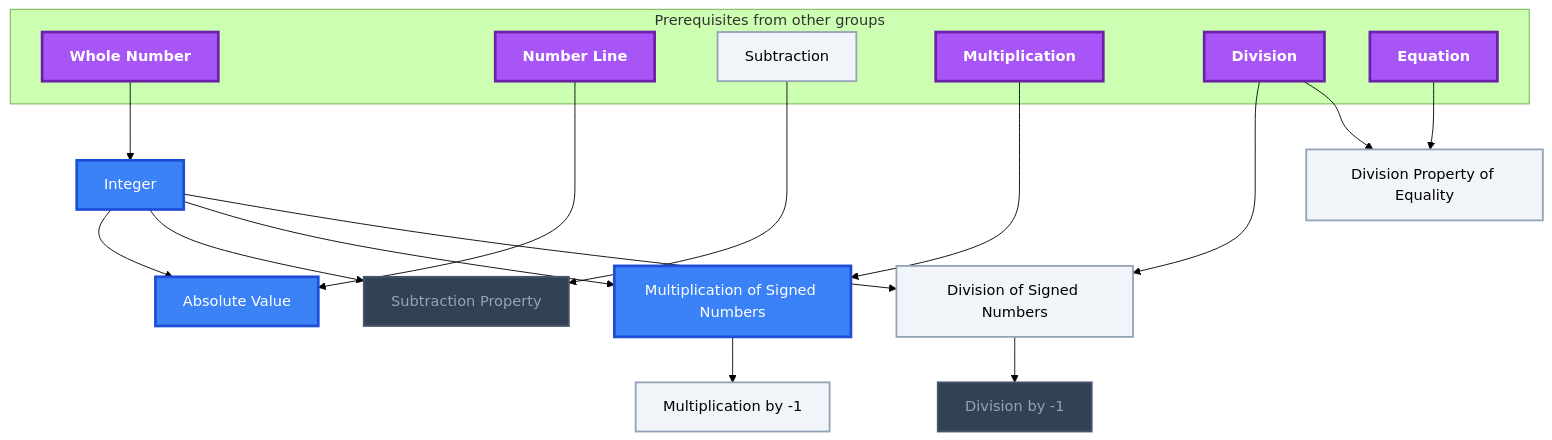
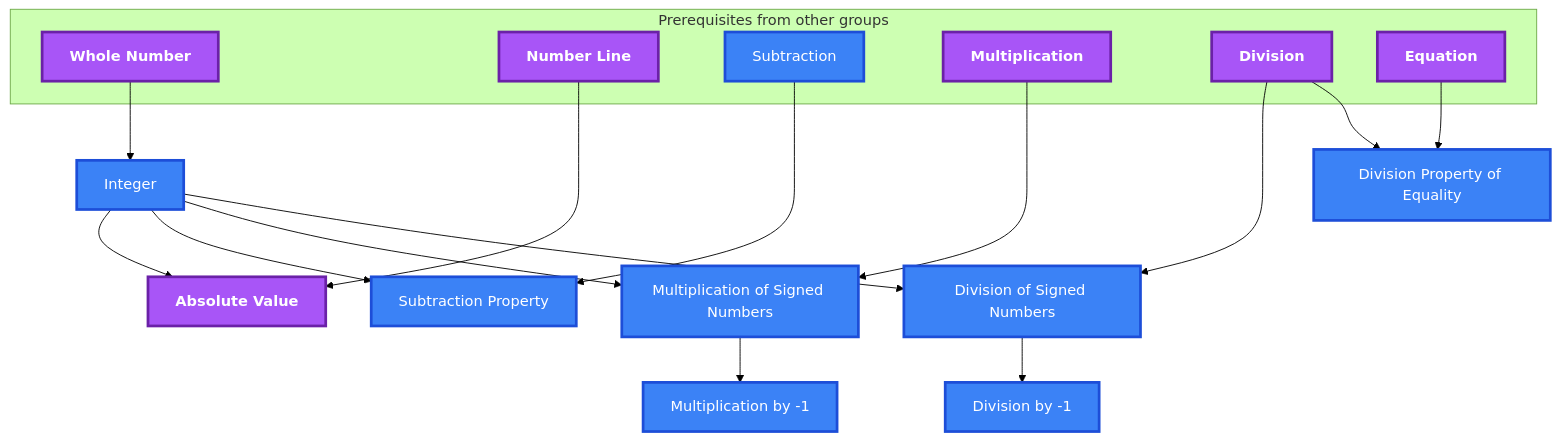
The third of 10 diagrams in Gamification/Skill Trees/Pre-Algebra.md (MRauf1/My-Notes), drawn with Mermaid (forest theme) before and after one commit. The commit also changed other lines of this file and 145 other files, not shown here.

````diff
--- a/Gamification/Skill Trees/Pre-Algebra.md
+++ b/Gamification/Skill Trees/Pre-Algebra.md
@@ -166,46 +162,44 @@
 ```mermaid
 flowchart TD
     classDef planned fill:#1E293B,stroke:#64748B,stroke-width:2px,stroke-dasharray:5 5,color:#94A3B8;
     classDef locked fill:#334155,stroke:#475569,stroke-width:2px,color:#94A3B8;
     classDef L0 fill:#F1F5F9,stroke:#94A3B8,stroke-width:2px,color:#000000;
     classDef L1 fill:#22C55E,stroke:#15803D,stroke-width:2px,color:#000000;
     classDef L2 fill:#3B82F6,stroke:#1D4ED8,stroke-width:3px,color:#FFFFFF;
     classDef L3 fill:#A855F7,stroke:#6B21A8,stroke-width:3px,color:#FFFFFF,font-weight:bold;
     classDef L4 fill:#F97316,stroke:#C2410C,stroke-width:4px,color:#000000,font-weight:bold;
     classDef L5 fill:#FFD700,stroke:#FF8C00,stroke-width:5px,color:#000000,font-weight:bold;
     classDef rusty stroke:#8B4513,stroke-width:4px,stroke-dasharray:3 3;
     subgraph sg_prereqs["Prerequisites from other groups"]
         n_whole_number["Whole Number"]
         n_number_line["Number Line"]
         n_subtraction["Subtraction"]
         n_multiplication["Multiplication"]
         n_division["Division"]
         n_equation["Equation"]
     end
     n_integer["Integer"]
     n_absolute_value["Absolute Value"]
     n_subtraction_property["Subtraction Property"]
     n_multiplication_of_signed_numbers["Multiplication of Signed Numbers"]
     n_division_of_signed_numbers["Division of Signed Numbers"]
     n_multiplication_by_1["Multiplication by -1"]
     n_division_by_1["Division by -1"]
     n_division_property_of_equality["Division Property of Equality"]
     n_whole_number --> n_integer
     n_number_line --> n_absolute_value
     n_integer --> n_absolute_value
     n_subtraction --> n_subtraction_property
     n_integer --> n_subtraction_property
     n_multiplication --> n_multiplication_of_signed_numbers
     n_integer --> n_multiplication_of_signed_numbers
     n_division --> n_division_of_signed_numbers
     n_integer --> n_division_of_signed_numbers
     n_multiplication_of_signed_numbers --> n_multiplication_by_1
     n_division_of_signed_numbers --> n_division_by_1
     n_division --> n_division_property_of_equality
     n_equation --> n_division_property_of_equality
-    class n_subtraction_property,n_division_by_1 locked;
-    class n_subtraction,n_division_of_signed_numbers,n_multiplication_by_1,n_division_property_of_equality L0;
-    class n_integer,n_absolute_value,n_multiplication_of_signed_numbers L2;
-    class n_whole_number,n_number_line,n_multiplication,n_division,n_equation L3;
+    class n_subtraction,n_integer,n_subtraction_property,n_multiplication_of_signed_numbers,n_division_of_signed_numbers,n_multiplication_by_1,n_division_by_1,n_division_property_of_equality L2;
+    class n_whole_number,n_number_line,n_multiplication,n_division,n_equation,n_absolute_value L3;
     class n_whole_number,n_number_line,n_subtraction,n_multiplication,n_division,n_equation,n_integer,n_absolute_value,n_subtraction_property,n_multiplication_of_signed_numbers,n_division_of_signed_numbers,n_multiplication_by_1,n_division_by_1,n_division_property_of_equality internal-link;
 ```
````
